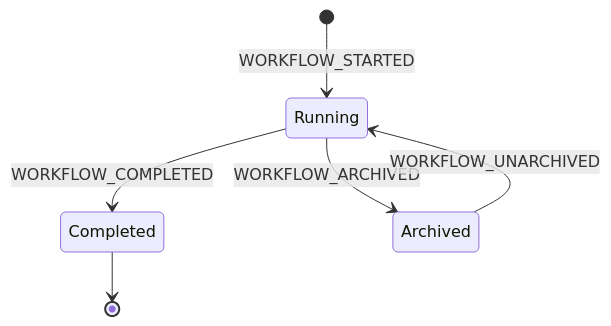
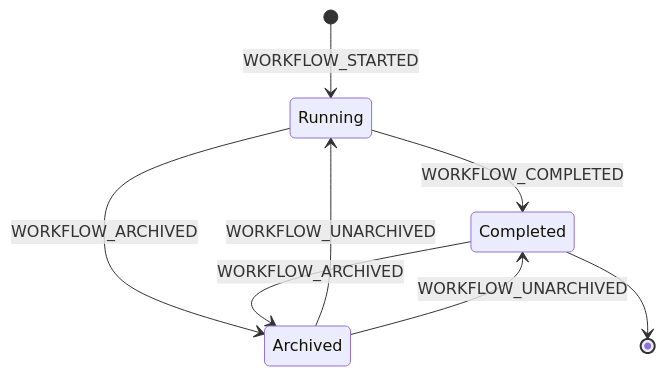
One commit to otomatty/aidlc-guide changed the first of 3 diagrams in docs/reference/en/12-state-machine.md. Above: the diagram before and after it, drawn with Mermaid. The commit also changed other lines of this file and 832 other files, not shown here.

````diff
--- a/docs/reference/en/12-state-machine.md
+++ b/docs/reference/en/12-state-machine.md
@@ -29,8 +29,10 @@
 ```mermaid
 stateDiagram-v2
     [*] --> Running : WORKFLOW_STARTED
     Running --> Completed : WORKFLOW_COMPLETED
     Running --> Archived : WORKFLOW_ARCHIVED
     Archived --> Running : WORKFLOW_UNARCHIVED
+    Completed --> Archived : WORKFLOW_ARCHIVED
+    Archived --> Completed : WORKFLOW_UNARCHIVED
     Completed --> [*]
 ```
````
